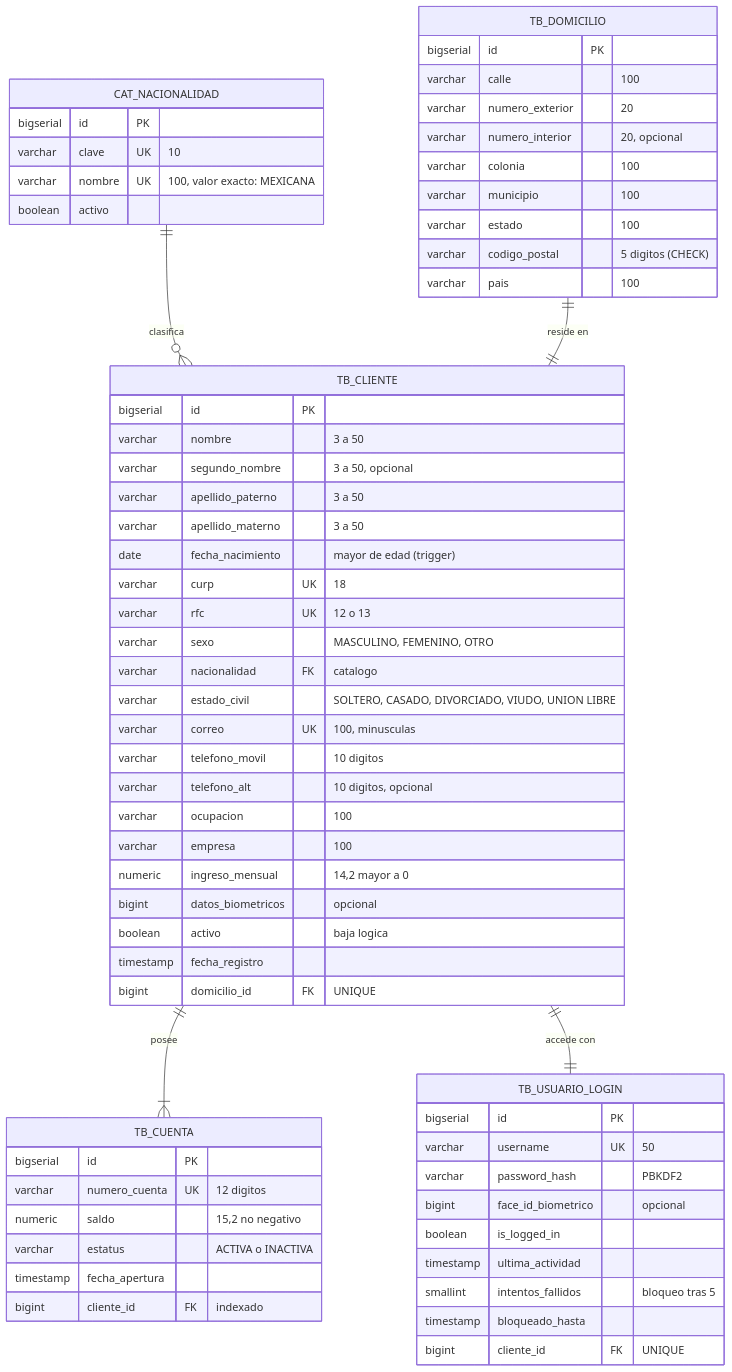
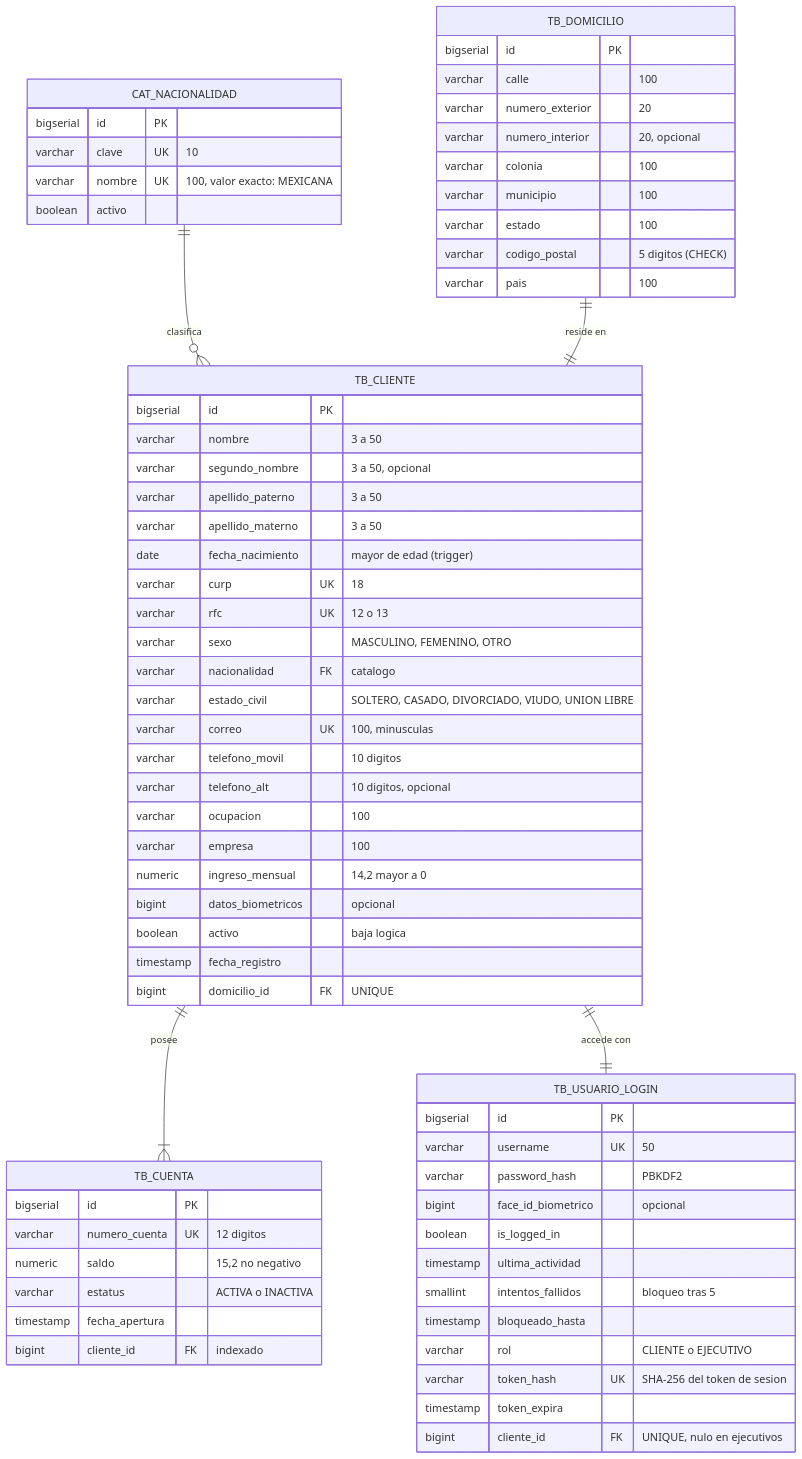
Before and after one commit to gusmendez3249/Pago_Servicio_API: the diagram in README.md, drawn with Mermaid. The commit also changed other lines of this file and 45 other files, not shown here.

````diff
--- a/README.md
+++ b/README.md
@@ -57,67 +63,70 @@
 ```mermaid
 erDiagram
     CAT_NACIONALIDAD ||--o{ TB_CLIENTE : "clasifica"
     TB_DOMICILIO ||--|| TB_CLIENTE : "reside en"
     TB_CLIENTE ||--|{ TB_CUENTA : "posee"
     TB_CLIENTE ||--|| TB_USUARIO_LOGIN : "accede con"
 
     CAT_NACIONALIDAD {
         bigserial id PK
         varchar clave UK "10"
         varchar nombre UK "100, valor exacto: MEXICANA"
         boolean activo
     }
     TB_DOMICILIO {
         bigserial id PK
         varchar calle "100"
         varchar numero_exterior "20"
         varchar numero_interior "20, opcional"
         varchar colonia "100"
         varchar municipio "100"
         varchar estado "100"
         varchar codigo_postal "5 digitos (CHECK)"
         varchar pais "100"
     }
     TB_CLIENTE {
         bigserial id PK
         varchar nombre "3 a 50"
         varchar segundo_nombre "3 a 50, opcional"
         varchar apellido_paterno "3 a 50"
         varchar apellido_materno "3 a 50"
         date fecha_nacimiento "mayor de edad (trigger)"
         varchar curp UK "18"
         varchar rfc UK "12 o 13"
         varchar sexo "MASCULINO, FEMENINO, OTRO"
         varchar nacionalidad FK "catalogo"
         varchar estado_civil "SOLTERO, CASADO, DIVORCIADO, VIUDO, UNION LIBRE"
         varchar correo UK "100, minusculas"
         varchar telefono_movil "10 digitos"
         varchar telefono_alt "10 digitos, opcional"
         varchar ocupacion "100"
         varchar empresa "100"
         numeric ingreso_mensual "14,2 mayor a 0"
         bigint datos_biometricos "opcional"
         boolean activo "baja logica"
         timestamp fecha_registro
         bigint domicilio_id FK "UNIQUE"
     }
     TB_CUENTA {
         bigserial id PK
         varchar numero_cuenta UK "12 digitos"
         numeric saldo "15,2 no negativo"
         varchar estatus "ACTIVA o INACTIVA"
         timestamp fecha_apertura
         bigint cliente_id FK "indexado"
     }
     TB_USUARIO_LOGIN {
         bigserial id PK
         varchar username UK "50"
         varchar password_hash "PBKDF2"
         bigint face_id_biometrico "opcional"
         boolean is_logged_in
         timestamp ultima_actividad
         smallint intentos_fallidos "bloqueo tras 5"
         timestamp bloqueado_hasta
-        bigint cliente_id FK "UNIQUE"
+        varchar rol "CLIENTE o EJECUTIVO"
+        varchar token_hash UK "SHA-256 del token de sesion"
+        timestamp token_expira
+        bigint cliente_id FK "UNIQUE, nulo en ejecutivos"
     }
 ```
````
